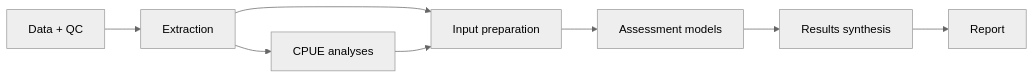
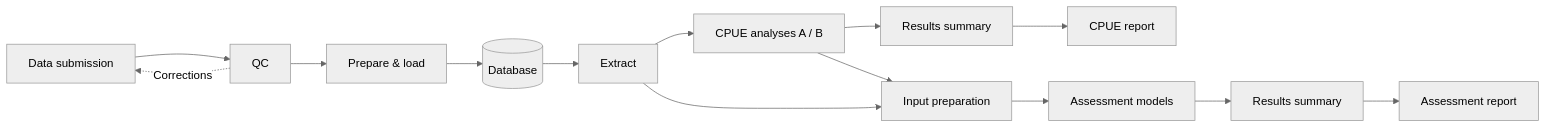
Before and after one commit to kyuhank/cpue-actions-demo: the diagram in README.md, drawn with Mermaid (neutral theme). The commit also changed other lines of this file and 9 other files, not shown here.

````diff
--- a/README.md
+++ b/README.md
@@ -7,8 +7,10 @@
 ```mermaid
 flowchart LR
-    D[Data + QC] --> E[Extraction]
-    E --> C[CPUE analyses]
+    U[Data submission] --> Q[QC] --> L[Prepare & load] --> D[(Database)] --> E[Extract]
+    Q -. Corrections .-> U
+    E --> C[CPUE analyses A / B]
+    C --> CS[Results summary] --> CR[CPUE report]
     E --> I[Input preparation]
     C --> I --> A[Assessment models]
-    A --> S[Results synthesis] --> R[Report]
+    A --> S[Results summary] --> R[Assessment report]
 ```
````
